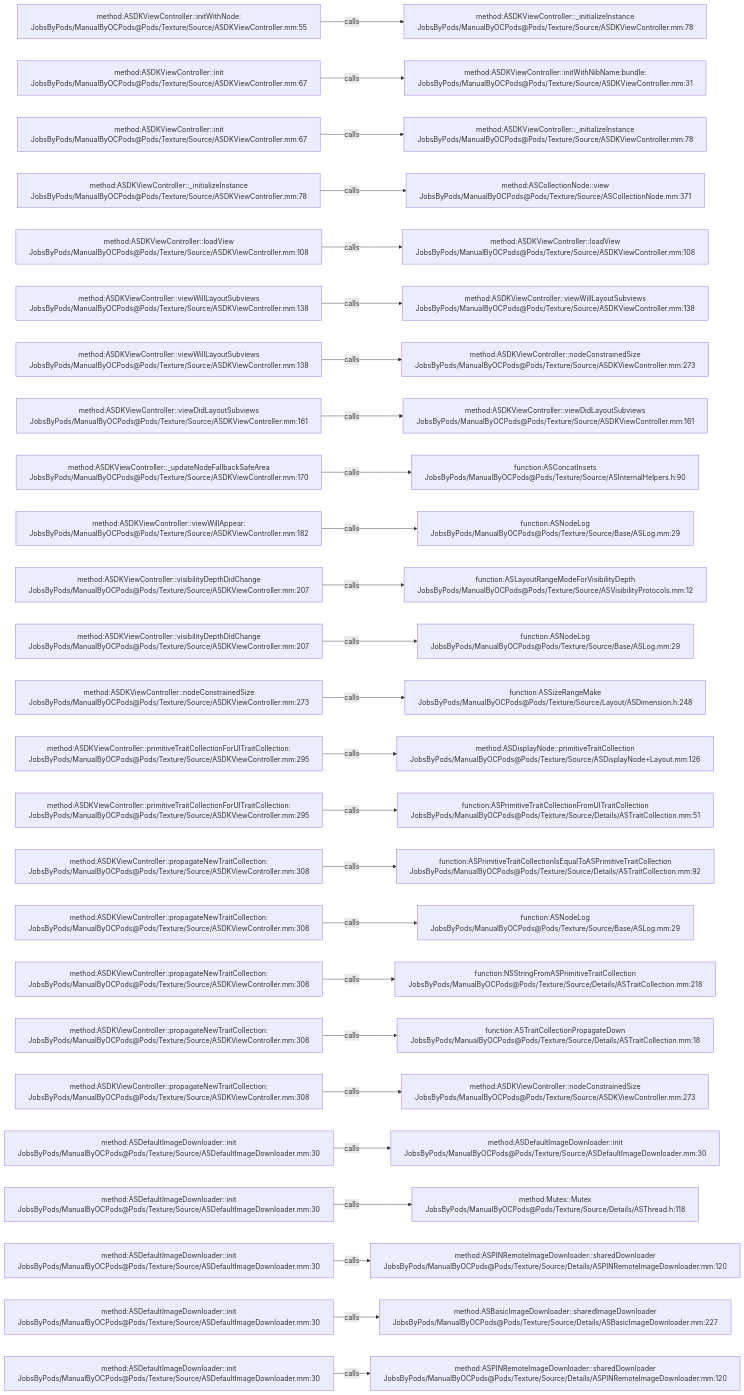
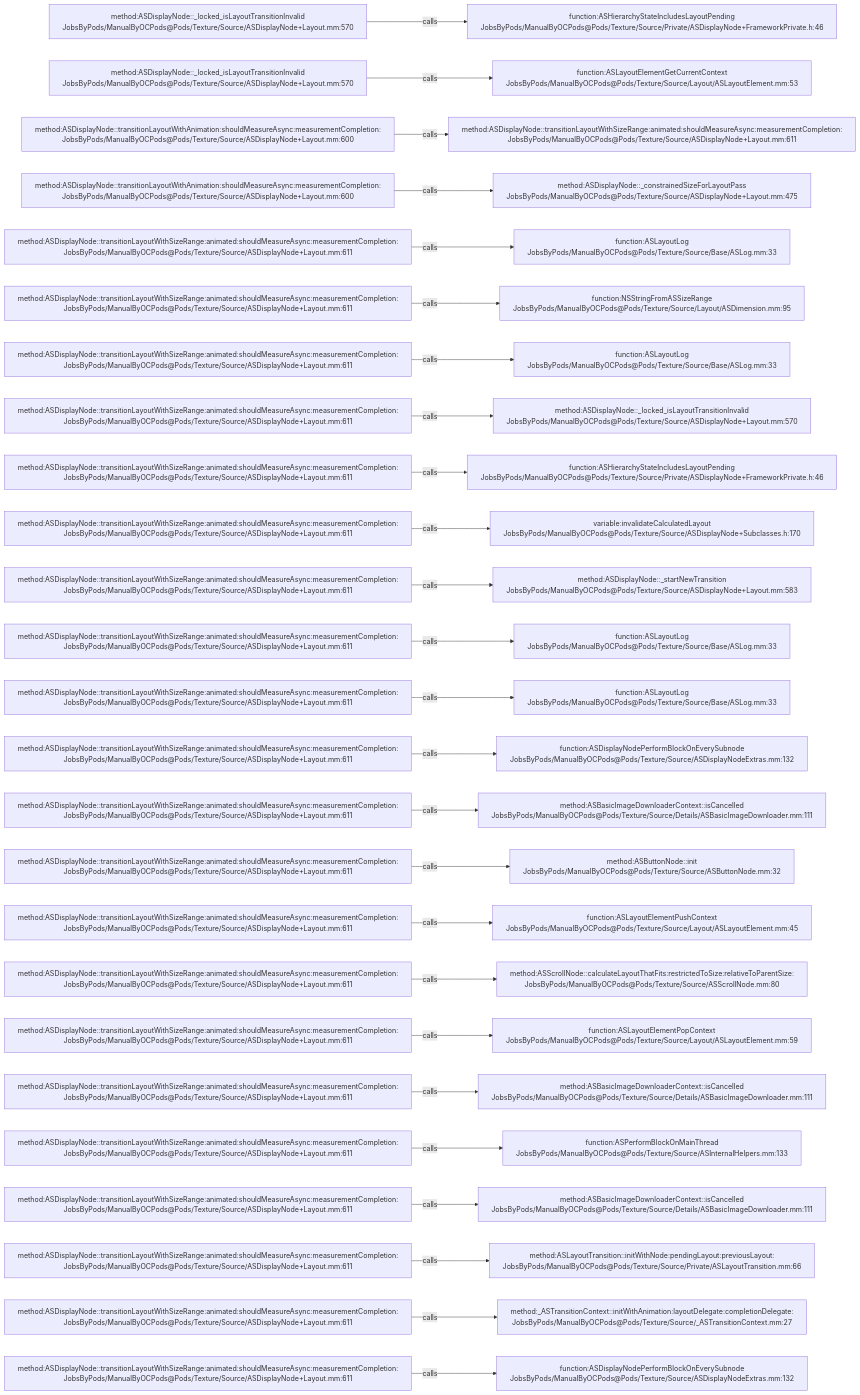
Before and after one commit to JobsKits/JobsOCBaseConfigDemo: the diagram in .codegraph/codegraph.md/graphs/calls-090.md, drawn with Mermaid. The commit also changed 1353 other files, not shown here.

````diff
--- a/.codegraph/codegraph.md/graphs/calls-090.md
+++ b/.codegraph/codegraph.md/graphs/calls-090.md
@@ -13,78 +13,78 @@
 ```mermaid
 flowchart LR
-  S1["method:ASDKViewController::initWithNode:<br/>JobsByPods/ManualByOCPods@Pods/Texture/Source/ASDKViewController.mm:55"]
-  T1["method:ASDKViewController::_initializeInstance<br/>JobsByPods/ManualByOCPods@Pods/Texture/Source/ASDKViewController.mm:78"]
+  S1["method:ASDisplayNode::_locked_isLayoutTransitionInvalid<br/>JobsByPods/ManualByOCPods@Pods/Texture/Source/ASDisplayNode+Layout.mm:570"]
+  T1["function:ASHierarchyStateIncludesLayoutPending<br/>JobsByPods/ManualByOCPods@Pods/Texture/Source/Private/ASDisplayNode+FrameworkPrivate.h:46"]
   S1 -->|calls| T1
-  S2["method:ASDKViewController::init<br/>JobsByPods/ManualByOCPods@Pods/Texture/Source/ASDKViewController.mm:67"]
-  T2["method:ASDKViewController::initWithNibName:bundle:<br/>JobsByPods/ManualByOCPods@Pods/Texture/Source/ASDKViewController.mm:31"]
+  S2["method:ASDisplayNode::_locked_isLayoutTransitionInvalid<br/>JobsByPods/ManualByOCPods@Pods/Texture/Source/ASDisplayNode+Layout.mm:570"]
+  T2["function:ASLayoutElementGetCurrentContext<br/>JobsByPods/ManualByOCPods@Pods/Texture/Source/Layout/ASLayoutElement.mm:53"]
   S2 -->|calls| T2
-  S3["method:ASDKViewController::init<br/>JobsByPods/ManualByOCPods@Pods/Texture/Source/ASDKViewController.mm:67"]
-  T3["method:ASDKViewController::_initializeInstance<br/>JobsByPods/ManualByOCPods@Pods/Texture/Source/ASDKViewController.mm:78"]
+  S3["method:ASDisplayNode::transitionLayoutWithAnimation:shouldMeasureAsync:measurementCompletion:<br/>JobsByPods/ManualByOCPods@Pods/Texture/Source/ASDisplayNode+Layout.mm:600"]
+  T3["method:ASDisplayNode::transitionLayoutWithSizeRange:animated:shouldMeasureAsync:measurementCompletion:<br/>JobsByPods/ManualByOCPods@Pods/Texture/Source/ASDisplayNode+Layout.mm:611"]
   S3 -->|calls| T3
-  S4["method:ASDKViewController::_initializeInstance<br/>JobsByPods/ManualByOCPods@Pods/Texture/Source/ASDKViewController.mm:78"]
-  T4["method:ASCollectionNode::view<br/>JobsByPods/ManualByOCPods@Pods/Texture/Source/ASCollectionNode.mm:371"]
+  S4["method:ASDisplayNode::transitionLayoutWithAnimation:shouldMeasureAsync:measurementCompletion:<br/>JobsByPods/ManualByOCPods@Pods/Texture/Source/ASDisplayNode+Layout.mm:600"]
+  T4["method:ASDisplayNode::_constrainedSizeForLayoutPass<br/>JobsByPods/ManualByOCPods@Pods/Texture/Source/ASDisplayNode+Layout.mm:475"]
   S4 -->|calls| T4
-  S5["method:ASDKViewController::loadView<br/>JobsByPods/ManualByOCPods@Pods/Texture/Source/ASDKViewController.mm:108"]
-  T5["method:ASDKViewController::loadView<br/>JobsByPods/ManualByOCPods@Pods/Texture/Source/ASDKViewController.mm:108"]
+  S5["method:ASDisplayNode::transitionLayoutWithSizeRange:animated:shouldMeasureAsync:measurementCompletion:<br/>JobsByPods/ManualByOCPods@Pods/Texture/Source/ASDisplayNode+Layout.mm:611"]
+  T5["function:ASLayoutLog<br/>JobsByPods/ManualByOCPods@Pods/Texture/Source/Base/ASLog.mm:33"]
   S5 -->|calls| T5
-  S6["method:ASDKViewController::viewWillLayoutSubviews<br/>JobsByPods/ManualByOCPods@Pods/Texture/Source/ASDKViewController.mm:138"]
-  T6["method:ASDKViewController::viewWillLayoutSubviews<br/>JobsByPods/ManualByOCPods@Pods/Texture/Source/ASDKViewController.mm:138"]
+  S6["method:ASDisplayNode::transitionLayoutWithSizeRange:animated:shouldMeasureAsync:measurementCompletion:<br/>JobsByPods/ManualByOCPods@Pods/Texture/Source/ASDisplayNode+Layout.mm:611"]
+  T6["function:NSStringFromASSizeRange<br/>JobsByPods/ManualByOCPods@Pods/Texture/Source/Layout/ASDimension.mm:95"]
   S6 -->|calls| T6
-  S7["method:ASDKViewController::viewWillLayoutSubviews<br/>JobsByPods/ManualByOCPods@Pods/Texture/Source/ASDKViewController.mm:138"]
-  T7["method:ASDKViewController::nodeConstrainedSize<br/>JobsByPods/ManualByOCPods@Pods/Texture/Source/ASDKViewController.mm:273"]
+  S7["method:ASDisplayNode::transitionLayoutWithSizeRange:animated:shouldMeasureAsync:measurementCompletion:<br/>JobsByPods/ManualByOCPods@Pods/Texture/Source/ASDisplayNode+Layout.mm:611"]
+  T7["function:ASLayoutLog<br/>JobsByPods/ManualByOCPods@Pods/Texture/Source/Base/ASLog.mm:33"]
   S7 -->|calls| T7
-  S8["method:ASDKViewController::viewDidLayoutSubviews<br/>JobsByPods/ManualByOCPods@Pods/Texture/Source/ASDKViewController.mm:161"]
-  T8["method:ASDKViewController::viewDidLayoutSubviews<br/>JobsByPods/ManualByOCPods@Pods/Texture/Source/ASDKViewController.mm:161"]
+  S8["method:ASDisplayNode::transitionLayoutWithSizeRange:animated:shouldMeasureAsync:measurementCompletion:<br/>JobsByPods/ManualByOCPods@Pods/Texture/Source/ASDisplayNode+Layout.mm:611"]
+  T8["method:ASDisplayNode::_locked_isLayoutTransitionInvalid<br/>JobsByPods/ManualByOCPods@Pods/Texture/Source/ASDisplayNode+Layout.mm:570"]
   S8 -->|calls| T8
-  S9["method:ASDKViewController::_updateNodeFallbackSafeArea<br/>JobsByPods/ManualByOCPods@Pods/Texture/Source/ASDKViewController.mm:170"]
-  T9["function:ASConcatInsets<br/>JobsByPods/ManualByOCPods@Pods/Texture/Source/ASInternalHelpers.h:90"]
+  S9["method:ASDisplayNode::transitionLayoutWithSizeRange:animated:shouldMeasureAsync:measurementCompletion:<br/>JobsByPods/ManualByOCPods@Pods/Texture/Source/ASDisplayNode+Layout.mm:611"]
+  T9["function:ASHierarchyStateIncludesLayoutPending<br/>JobsByPods/ManualByOCPods@Pods/Texture/Source/Private/ASDisplayNode+FrameworkPrivate.h:46"]
   S9 -->|calls| T9
-  S10["method:ASDKViewController::viewWillAppear:<br/>JobsByPods/ManualByOCPods@Pods/Texture/Source/ASDKViewController.mm:182"]
-  T10["function:ASNodeLog<br/>JobsByPods/ManualByOCPods@Pods/Texture/Source/Base/ASLog.mm:29"]
+  S10["method:ASDisplayNode::transitionLayoutWithSizeRange:animated:shouldMeasureAsync:measurementCompletion:<br/>JobsByPods/ManualByOCPods@Pods/Texture/Source/ASDisplayNode+Layout.mm:611"]
+  T10["variable:invalidateCalculatedLayout<br/>JobsByPods/ManualByOCPods@Pods/Texture/Source/ASDisplayNode+Subclasses.h:170"]
   S10 -->|calls| T10
-  S11["method:ASDKViewController::visibilityDepthDidChange<br/>JobsByPods/ManualByOCPods@Pods/Texture/Source/ASDKViewController.mm:207"]
-  T11["function:ASLayoutRangeModeForVisibilityDepth<br/>JobsByPods/ManualByOCPods@Pods/Texture/Source/ASVisibilityProtocols.mm:12"]
+  S11["method:ASDisplayNode::transitionLayoutWithSizeRange:animated:shouldMeasureAsync:measurementCompletion:<br/>JobsByPods/ManualByOCPods@Pods/Texture/Source/ASDisplayNode+Layout.mm:611"]
+  T11["method:ASDisplayNode::_startNewTransition<br/>JobsByPods/ManualByOCPods@Pods/Texture/Source/ASDisplayNode+Layout.mm:583"]
   S11 -->|calls| T11
-  S12["method:ASDKViewController::visibilityDepthDidChange<br/>JobsByPods/ManualByOCPods@Pods/Texture/Source/ASDKViewController.mm:207"]
-  T12["function:ASNodeLog<br/>JobsByPods/ManualByOCPods@Pods/Texture/Source/Base/ASLog.mm:29"]
+  S12["method:ASDisplayNode::transitionLayoutWithSizeRange:animated:shouldMeasureAsync:measurementCompletion:<br/>JobsByPods/ManualByOCPods@Pods/Texture/Source/ASDisplayNode+Layout.mm:611"]
+  T12["function:ASLayoutLog<br/>JobsByPods/ManualByOCPods@Pods/Texture/Source/Base/ASLog.mm:33"]
   S12 -->|calls| T12
-  S13["method:ASDKViewController::nodeConstrainedSize<br/>JobsByPods/ManualByOCPods@Pods/Texture/Source/ASDKViewController.mm:273"]
-  T13["function:ASSizeRangeMake<br/>JobsByPods/ManualByOCPods@Pods/Texture/Source/Layout/ASDimension.h:248"]
+  S13["method:ASDisplayNode::transitionLayoutWithSizeRange:animated:shouldMeasureAsync:measurementCompletion:<br/>JobsByPods/ManualByOCPods@Pods/Texture/Source/ASDisplayNode+Layout.mm:611"]
+  T13["function:ASLayoutLog<br/>JobsByPods/ManualByOCPods@Pods/Texture/Source/Base/ASLog.mm:33"]
   S13 -->|calls| T13
-  S14["method:ASDKViewController::primitiveTraitCollectionForUITraitCollection:<br/>JobsByPods/ManualByOCPods@Pods/Texture/Source/ASDKViewController.mm:295"]
-  T14["method:ASDisplayNode::primitiveTraitCollection<br/>JobsByPods/ManualByOCPods@Pods/Texture/Source/ASDisplayNode+Layout.mm:126"]
+  S14["method:ASDisplayNode::transitionLayoutWithSizeRange:animated:shouldMeasureAsync:measurementCompletion:<br/>JobsByPods/ManualByOCPods@Pods/Texture/Source/ASDisplayNode+Layout.mm:611"]
+  T14["function:ASDisplayNodePerformBlockOnEverySubnode<br/>JobsByPods/ManualByOCPods@Pods/Texture/Source/ASDisplayNodeExtras.mm:132"]
   S14 -->|calls| T14
-  S15["method:ASDKViewController::primitiveTraitCollectionForUITraitCollection:<br/>JobsByPods/ManualByOCPods@Pods/Texture/Source/ASDKViewController.mm:295"]
-  T15["function:ASPrimitiveTraitCollectionFromUITraitCollection<br/>JobsByPods/ManualByOCPods@Pods/Texture/Source/Details/ASTraitCollection.mm:51"]
+  S15["method:ASDisplayNode::transitionLayoutWithSizeRange:animated:shouldMeasureAsync:measurementCompletion:<br/>JobsByPods/ManualByOCPods@Pods/Texture/Source/ASDisplayNode+Layout.mm:611"]
+  T15["method:ASBasicImageDownloaderContext::isCancelled<br/>JobsByPods/ManualByOCPods@Pods/Texture/Source/Details/ASBasicImageDownloader.mm:111"]
   S15 -->|calls| T15
-  S16["method:ASDKViewController::propagateNewTraitCollection:<br/>JobsByPods/ManualByOCPods@Pods/Texture/Source/ASDKViewController.mm:308"]
-  T16["function:ASPrimitiveTraitCollectionIsEqualToASPrimitiveTraitCollection<br/>JobsByPods/ManualByOCPods@Pods/Texture/Source/Details/ASTraitCollection.mm:92"]
+  S16["method:ASDisplayNode::transitionLayoutWithSizeRange:animated:shouldMeasureAsync:measurementCompletion:<br/>JobsByPods/ManualByOCPods@Pods/Texture/Source/ASDisplayNode+Layout.mm:611"]
+  T16["method:ASButtonNode::init<br/>JobsByPods/ManualByOCPods@Pods/Texture/Source/ASButtonNode.mm:32"]
   S16 -->|calls| T16
-  S17["method:ASDKViewController::propagateNewTraitCollection:<br/>JobsByPods/ManualByOCPods@Pods/Texture/Source/ASDKViewController.mm:308"]
-  T17["function:ASNodeLog<br/>JobsByPods/ManualByOCPods@Pods/Texture/Source/Base/ASLog.mm:29"]
+  S17["method:ASDisplayNode::transitionLayoutWithSizeRange:animated:shouldMeasureAsync:measurementCompletion:<br/>JobsByPods/ManualByOCPods@Pods/Texture/Source/ASDisplayNode+Layout.mm:611"]
+  T17["function:ASLayoutElementPushContext<br/>JobsByPods/ManualByOCPods@Pods/Texture/Source/Layout/ASLayoutElement.mm:45"]
   S17 -->|calls| T17
-  S18["method:ASDKViewController::propagateNewTraitCollection:<br/>JobsByPods/ManualByOCPods@Pods/Texture/Source/ASDKViewController.mm:308"]
-  T18["function:NSStringFromASPrimitiveTraitCollection<br/>JobsByPods/ManualByOCPods@Pods/Texture/Source/Details/ASTraitCollection.mm:218"]
+  S18["method:ASDisplayNode::transitionLayoutWithSizeRange:animated:shouldMeasureAsync:measurementCompletion:<br/>JobsByPods/ManualByOCPods@Pods/Texture/Source/ASDisplayNode+Layout.mm:611"]
+  T18["method:ASScrollNode::calculateLayoutThatFits:restrictedToSize:relativeToParentSize:<br/>JobsByPods/ManualByOCPods@Pods/Texture/Source/ASScrollNode.mm:80"]
   S18 -->|calls| T18
-  S19["method:ASDKViewController::propagateNewTraitCollection:<br/>JobsByPods/ManualByOCPods@Pods/Texture/Source/ASDKViewController.mm:308"]
-  T19["function:ASTraitCollectionPropagateDown<br/>JobsByPods/ManualByOCPods@Pods/Texture/Source/Details/ASTraitCollection.mm:18"]
+  S19["method:ASDisplayNode::transitionLayoutWithSizeRange:animated:shouldMeasureAsync:measurementCompletion:<br/>JobsByPods/ManualByOCPods@Pods/Texture/Source/ASDisplayNode+Layout.mm:611"]
+  T19["function:ASLayoutElementPopContext<br/>JobsByPods/ManualByOCPods@Pods/Texture/Source/Layout/ASLayoutElement.mm:59"]
   S19 -->|calls| T19
-  S20["method:ASDKViewController::propagateNewTraitCollection:<br/>JobsByPods/ManualByOCPods@Pods/Texture/Source/ASDKViewController.mm:308"]
-  T20["method:ASDKViewController::nodeConstrainedSize<br/>JobsByPods/ManualByOCPods@Pods/Texture/Source/ASDKViewController.mm:273"]
+  S20["method:ASDisplayNode::transitionLayoutWithSizeRange:animated:shouldMeasureAsync:measurementCompletion:<br/>JobsByPods/ManualByOCPods@Pods/Texture/Source/ASDisplayNode+Layout.mm:611"]
+  T20["method:ASBasicImageDownloaderContext::isCancelled<br/>JobsByPods/ManualByOCPods@Pods/Texture/Source/Details/ASBasicImageDownloader.mm:111"]
   S20 -->|calls| T20
-  S21["method:ASDefaultImageDownloader::init<br/>JobsByPods/ManualByOCPods@Pods/Texture/Source/ASDefaultImageDownloader.mm:30"]
-  T21["method:ASDefaultImageDownloader::init<br/>JobsByPods/ManualByOCPods@Pods/Texture/Source/ASDefaultImageDownloader.mm:30"]
+  S21["method:ASDisplayNode::transitionLayoutWithSizeRange:animated:shouldMeasureAsync:measurementCompletion:<br/>JobsByPods/ManualByOCPods@Pods/Texture/Source/ASDisplayNode+Layout.mm:611"]
+  T21["function:ASPerformBlockOnMainThread<br/>JobsByPods/ManualByOCPods@Pods/Texture/Source/ASInternalHelpers.mm:133"]
   S21 -->|calls| T21
-  S22["method:ASDefaultImageDownloader::init<br/>JobsByPods/ManualByOCPods@Pods/Texture/Source/ASDefaultImageDownloader.mm:30"]
-  T22["method:Mutex::Mutex<br/>JobsByPods/ManualByOCPods@Pods/Texture/Source/Details/ASThread.h:118"]
+  S22["method:ASDisplayNode::transitionLayoutWithSizeRange:animated:shouldMeasureAsync:measurementCompletion:<br/>JobsByPods/ManualByOCPods@Pods/Texture/Source/ASDisplayNode+Layout.mm:611"]
+  T22["method:ASBasicImageDownloaderContext::isCancelled<br/>JobsByPods/ManualByOCPods@Pods/Texture/Source/Details/ASBasicImageDownloader.mm:111"]
   S22 -->|calls| T22
-  S23["method:ASDefaultImageDownloader::init<br/>JobsByPods/ManualByOCPods@Pods/Texture/Source/ASDefaultImageDownloader.mm:30"]
-  T23["method:ASPINRemoteImageDownloader::sharedDownloader<br/>JobsByPods/ManualByOCPods@Pods/Texture/Source/Details/ASPINRemoteImageDownloader.mm:120"]
+  S23["method:ASDisplayNode::transitionLayoutWithSizeRange:animated:shouldMeasureAsync:measurementCompletion:<br/>JobsByPods/ManualByOCPods@Pods/Texture/Source/ASDisplayNode+Layout.mm:611"]
+  T23["method:ASLayoutTransition::initWithNode:pendingLayout:previousLayout:<br/>JobsByPods/ManualByOCPods@Pods/Texture/Source/Private/ASLayoutTransition.mm:66"]
   S23 -->|calls| T23
-  S24["method:ASDefaultImageDownloader::init<br/>JobsByPods/ManualByOCPods@Pods/Texture/Source/ASDefaultImageDownloader.mm:30"]
-  T24["method:ASBasicImageDownloader::sharedImageDownloader<br/>JobsByPods/ManualByOCPods@Pods/Texture/Source/Details/ASBasicImageDownloader.mm:227"]
+  S24["method:ASDisplayNode::transitionLayoutWithSizeRange:animated:shouldMeasureAsync:measurementCompletion:<br/>JobsByPods/ManualByOCPods@Pods/Texture/Source/ASDisplayNode+Layout.mm:611"]
+  T24["method:_ASTransitionContext::initWithAnimation:layoutDelegate:completionDelegate:<br/>JobsByPods/ManualByOCPods@Pods/Texture/Source/_ASTransitionContext.mm:27"]
   S24 -->|calls| T24
-  S25["method:ASDefaultImageDownloader::init<br/>JobsByPods/ManualByOCPods@Pods/Texture/Source/ASDefaultImageDownloader.mm:30"]
-  T25["method:ASPINRemoteImageDownloader::sharedDownloader<br/>JobsByPods/ManualByOCPods@Pods/Texture/Source/Details/ASPINRemoteImageDownloader.mm:120"]
+  S25["method:ASDisplayNode::transitionLayoutWithSizeRange:animated:shouldMeasureAsync:measurementCompletion:<br/>JobsByPods/ManualByOCPods@Pods/Texture/Source/ASDisplayNode+Layout.mm:611"]
+  T25["function:ASDisplayNodePerformBlockOnEverySubnode<br/>JobsByPods/ManualByOCPods@Pods/Texture/Source/ASDisplayNodeExtras.mm:132"]
   S25 -->|calls| T25
 ```
````
